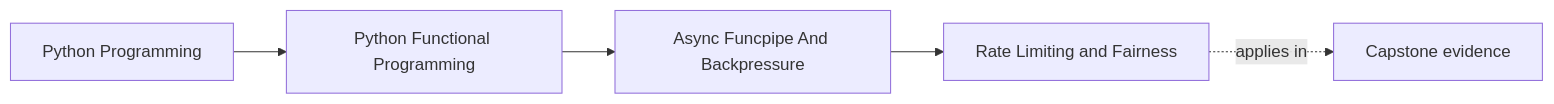
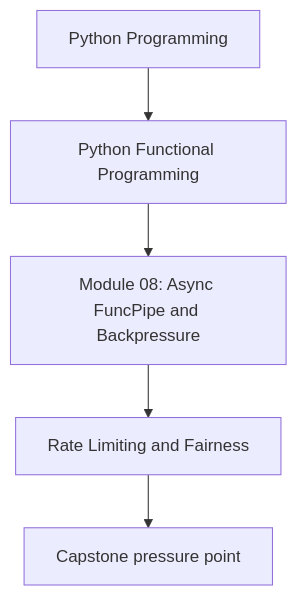
The first of 2 diagrams in programs/python-programming/python-functional-programming/course-book/module-08-async-funcpipe-and-backpressure/rate-limiting-and-fairness.md (bijux/bijux-masterclass), drawn with Mermaid before and after one commit. The commit also changed other lines of this file and 118 other files, not shown here.

Commit message:
docs(python-functional-programming): align concept page diagrams

````diff
--- a/programs/python-programming/python-functional-programming/course-book/module-08-async-funcpipe-and-backpressure/rate-limiting-and-fairness.md
+++ b/programs/python-programming/python-functional-programming/course-book/module-08-async-funcpipe-and-backpressure/rate-limiting-and-fairness.md
@@ -7,11 +7,7 @@
 ```mermaid
-graph LR
-  family["Python Programming"]
-  program["Python Functional Programming"]
-  section["Async Funcpipe And Backpressure"]
-  page["Rate Limiting and Fairness"]
-  capstone["Capstone evidence"]
-
-  family --> program --> section --> page
-  page -.applies in.-> capstone
+flowchart TD
+  family["Python Programming"] --> program["Python Functional Programming"]
+  program --> module["Module 08: Async FuncPipe and Backpressure"]
+  module --> concept["Rate Limiting and Fairness"]
+  concept --> capstone["Capstone pressure point"]
 ```
````
